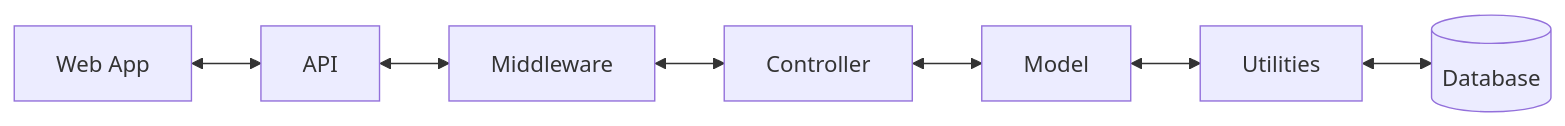
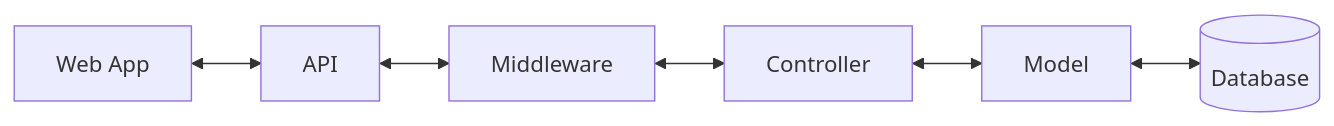
One commit to cooper-gadd/bug-tracker changed the diagram in README.md. Above: the diagram before and after it, drawn with Mermaid.

````diff
--- a/README.md
+++ b/README.md
@@ -18,9 +18,8 @@
 ```mermaid
 graph LR
     A[Web App] <--> B[API]
     B <--> C[Middleware]
     C <--> D[Controller]
     D <--> E[Model]
-    E <--> F[Utilities]
-    F <--> G[(Database)]
+    E <--> F[(Database)]
 ```
````
